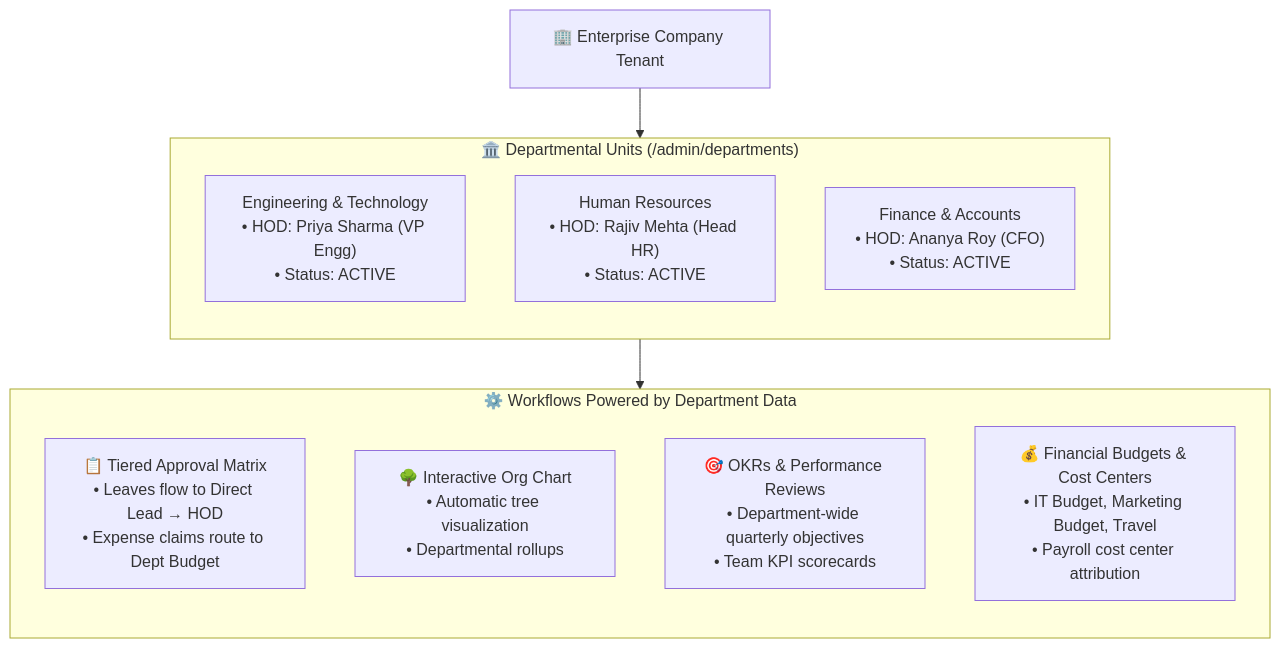
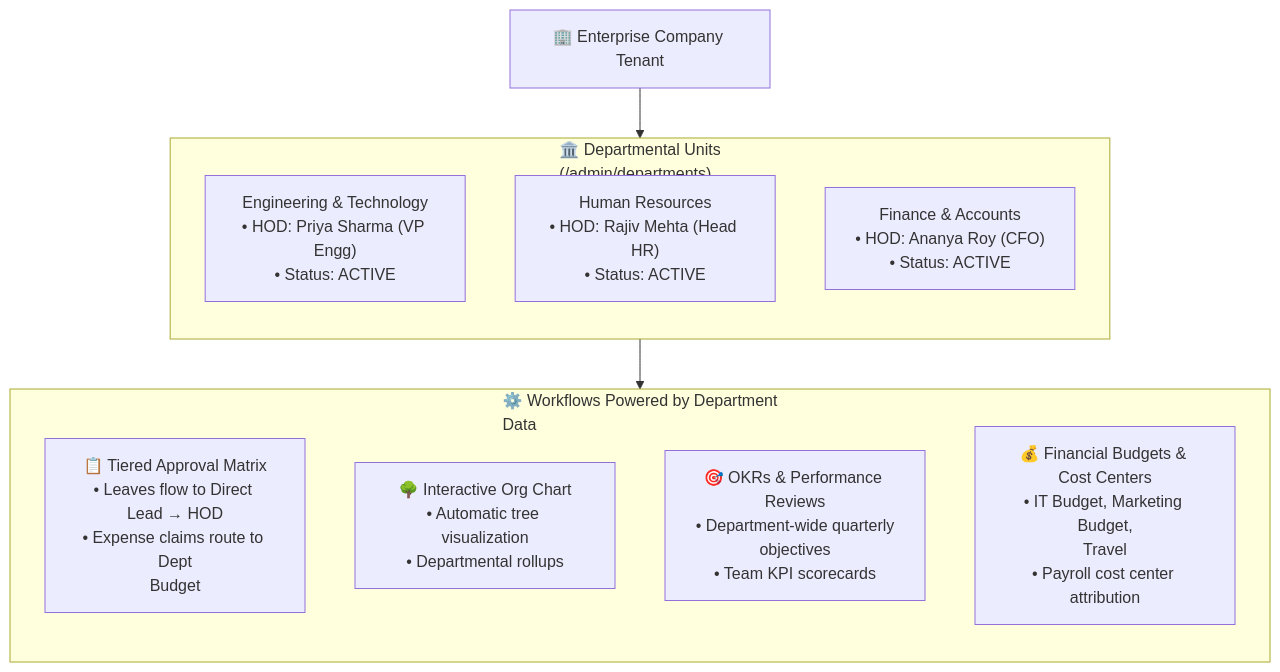
The first of 2 diagrams in docs/hrms/departments.md (SRJ-GROUP/hubnest_user_guide), drawn with Mermaid before and after one commit. The commit also changed other lines of this file and 161 other files, not shown here.

Commit message:
feat: complete HubMeet suite, supervisor portal docs, diagram fixes, and interactive eye-button zoom modal

````diff
--- a/docs/hrms/departments.md
+++ b/docs/hrms/departments.md
@@ -26,22 +26,22 @@
 ```mermaid
 graph TB
     Company["🏢 Enterprise Company Tenant"]
 
-    subgraph DeptStructure["🏛️ Departmental Units (/admin/departments)"]
+    subgraph DeptStructure["🏛️ Departmental Units<br/>(/admin/departments)"]
         direction TB
         D1["Engineering & Technology<br/>• HOD: Priya Sharma (VP Engg)<br/>• Status: ACTIVE"]
         D2["Human Resources<br/>• HOD: Rajiv Mehta (Head HR)<br/>• Status: ACTIVE"]
         D3["Finance & Accounts<br/>• HOD: Ananya Roy (CFO)<br/>• Status: ACTIVE"]
     end
 
-    subgraph OperationsEngine["⚙️ Workflows Powered by Department Data"]
+    subgraph OperationsEngine["⚙️ Workflows Powered by Department<br/>Data"]
         direction TB
-        W1["📋 Tiered Approval Matrix<br/>• Leaves flow to Direct Lead → HOD<br/>• Expense claims route to Dept Budget"]
+        W1["📋 Tiered Approval Matrix<br/>• Leaves flow to Direct Lead → HOD<br/>• Expense claims route to Dept<br/>Budget"]
         W2["🌳 Interactive Org Chart<br/>• Automatic tree visualization<br/>• Departmental rollups"]
-        W3["🎯 OKRs & Performance Reviews<br/>• Department-wide quarterly objectives<br/>• Team KPI scorecards"]
-        W4["💰 Financial Budgets & Cost Centers<br/>• IT Budget, Marketing Budget, Travel<br/>• Payroll cost center attribution"]
+        W3["🎯 OKRs & Performance Reviews<br/>• Department-wide quarterly<br/>objectives<br/>• Team KPI scorecards"]
+        W4["💰 Financial Budgets & Cost Centers<br/>• IT Budget, Marketing Budget,<br/>Travel<br/>• Payroll cost center attribution"]
     end
 
     Company --> DeptStructure
     DeptStructure --> OperationsEngine
 ```
````
